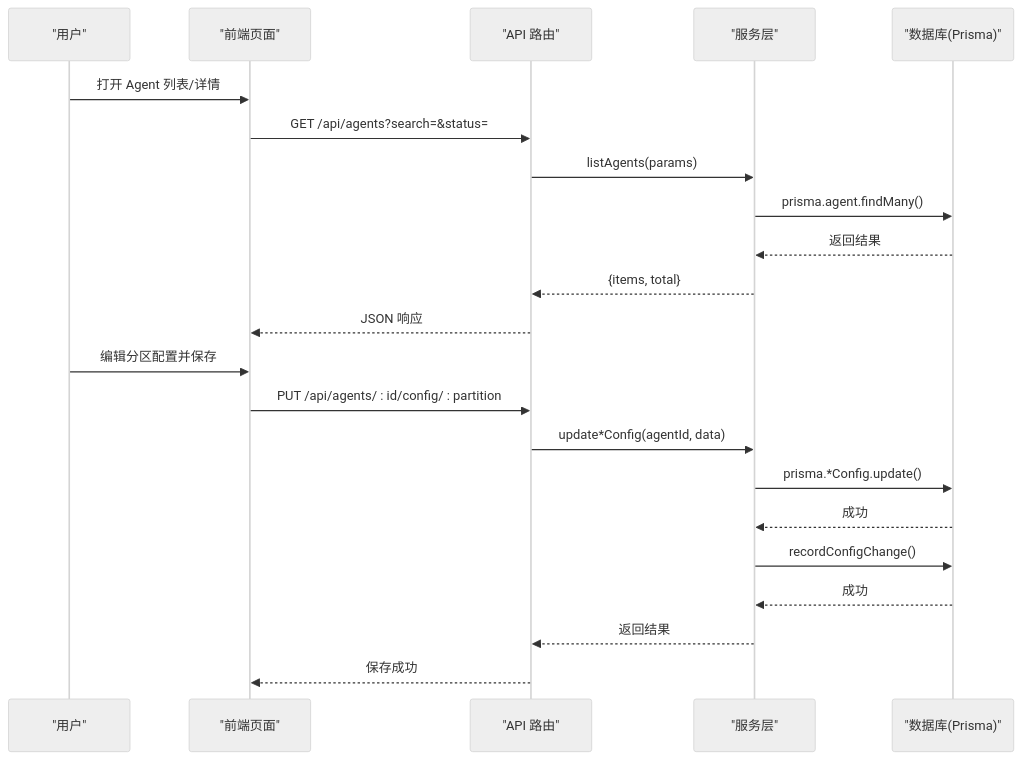
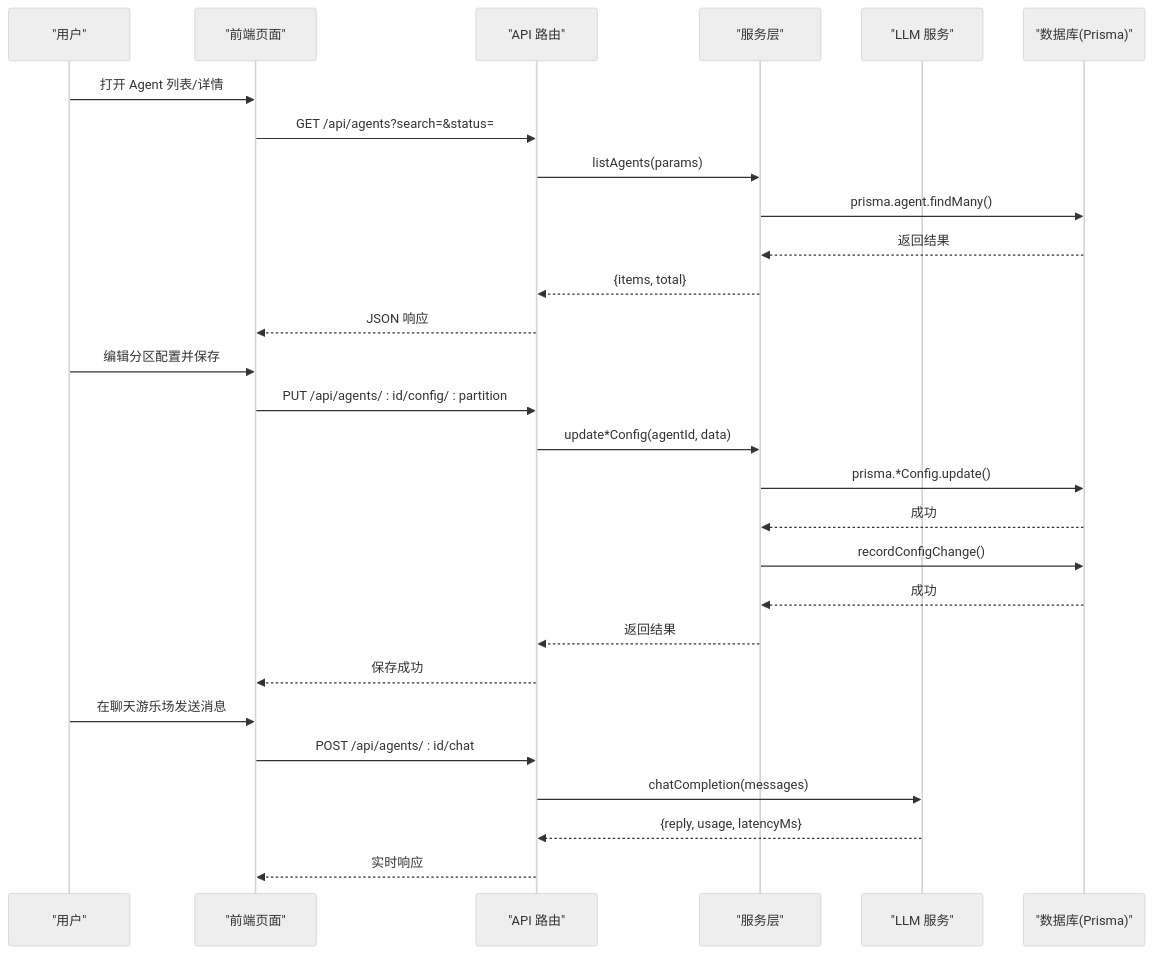
Before and after one commit to ai-guru-global/agent-up: the second of 7 diagrams in .qoder/repowiki/zh/content/功能模块/Agent 管理.md, drawn with Mermaid (neutral theme). The commit also changed other lines of this file and 32 other files, not shown here.

````diff
--- a/.qoder/repowiki/zh/content/功能模块/Agent 管理.md
+++ b/.qoder/repowiki/zh/content/功能模块/Agent 管理.md
@@ -143,24 +166,30 @@
 ```mermaid
 sequenceDiagram
 participant U as "用户"
 participant FE as "前端页面"
 participant API as "API 路由"
 participant SVC as "服务层"
+participant LLM as "LLM 服务"
 participant DB as "数据库(Prisma)"
 U->>FE : 打开 Agent 列表/详情
 FE->>API : GET /api/agents?search=&status=
 API->>SVC : listAgents(params)
 SVC->>DB : prisma.agent.findMany()
 DB-->>SVC : 返回结果
 SVC-->>API : {items, total}
 API-->>FE : JSON 响应
 U->>FE : 编辑分区配置并保存
 FE->>API : PUT /api/agents/ : id/config/ : partition
 API->>SVC : update*Config(agentId, data)
 SVC->>DB : prisma.*Config.update()
 DB-->>SVC : 成功
 SVC->>DB : recordConfigChange()
 DB-->>SVC : 成功
 SVC-->>API : 返回结果
 API-->>FE : 保存成功
+U->>FE : 在聊天游乐场发送消息
+FE->>API : POST /api/agents/ : id/chat
+API->>LLM : chatCompletion(messages)
+LLM-->>API : {reply, usage, latencyMs}
+API-->>FE : 实时响应
 ```
````
